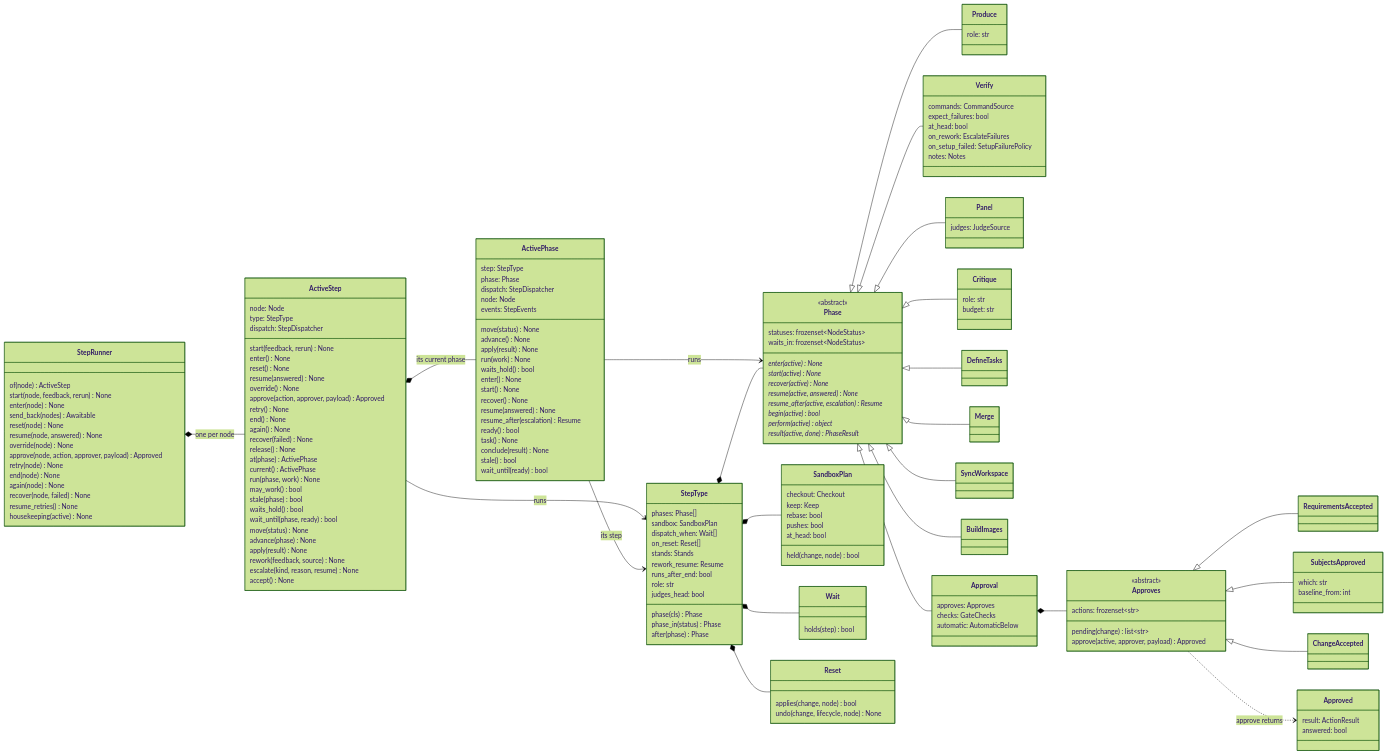
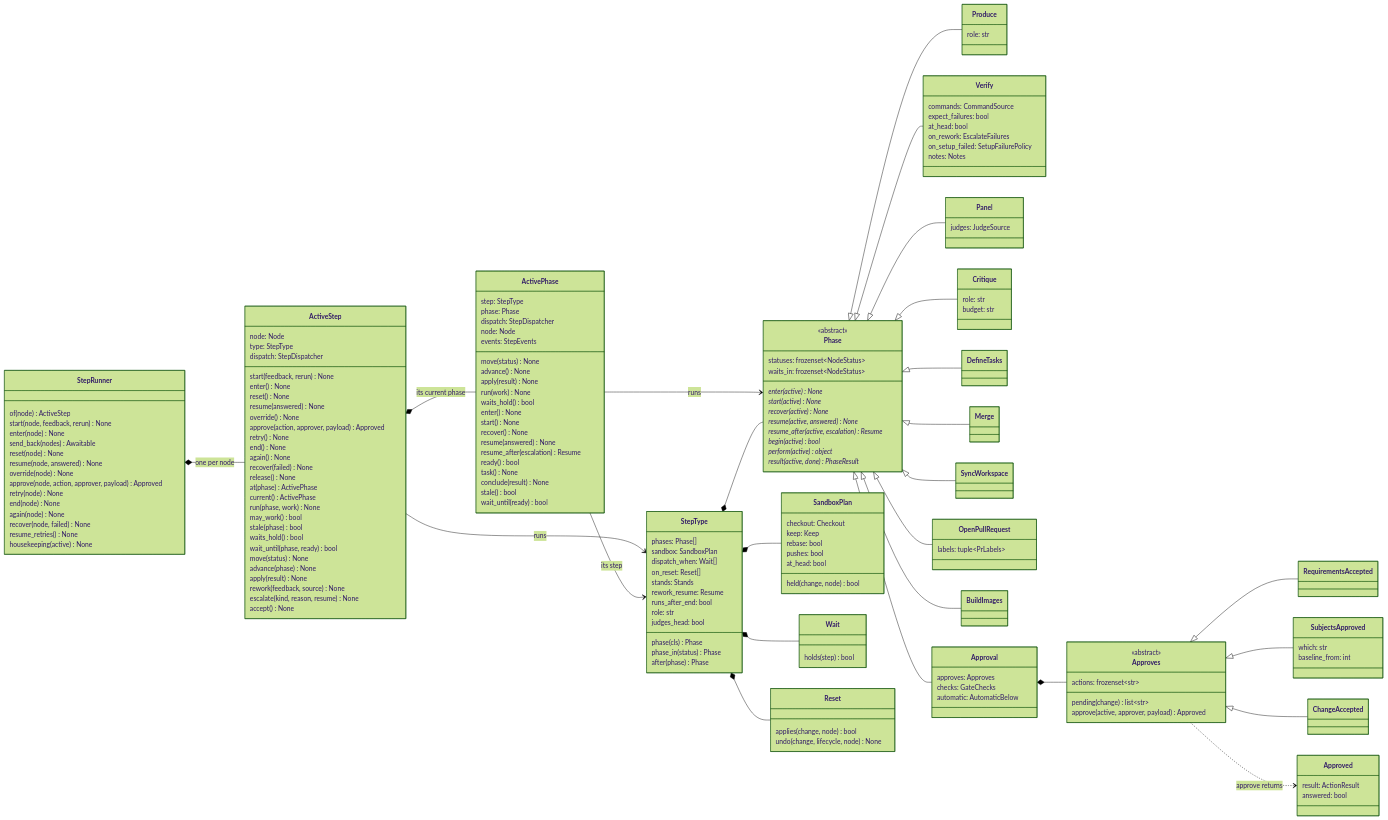
The fourth of 6 diagrams in docs/architecture.md (mr-miles/orchestrator), drawn with Mermaid (forest theme) before and after one commit. The commit also changed other lines of this file and 19 other files, not shown here.

```diff
--- a/docs/architecture.md
+++ b/docs/architecture.md
@@ -475,6 +477,9 @@
     class DefineTasks
     class Merge
     class SyncWorkspace
+    class OpenPullRequest {
+        labels: tuple~PrLabels~
+    }
     class BuildImages
     class Approval {
         approves: Approves
@@ -529,6 +534,7 @@
     Phase <|-- DefineTasks
     Phase <|-- Merge
     Phase <|-- SyncWorkspace
+    Phase <|-- OpenPullRequest
     Phase <|-- BuildImages
     Phase <|-- Approval
     Approval *-- Approves
```
